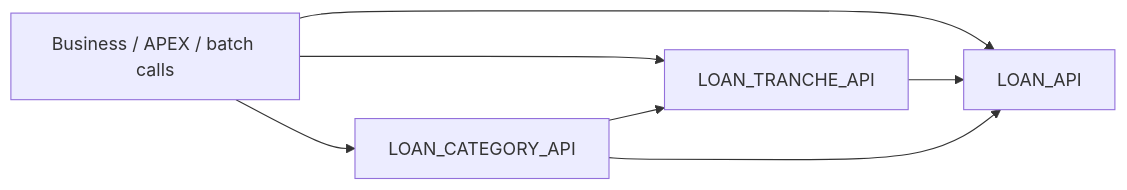
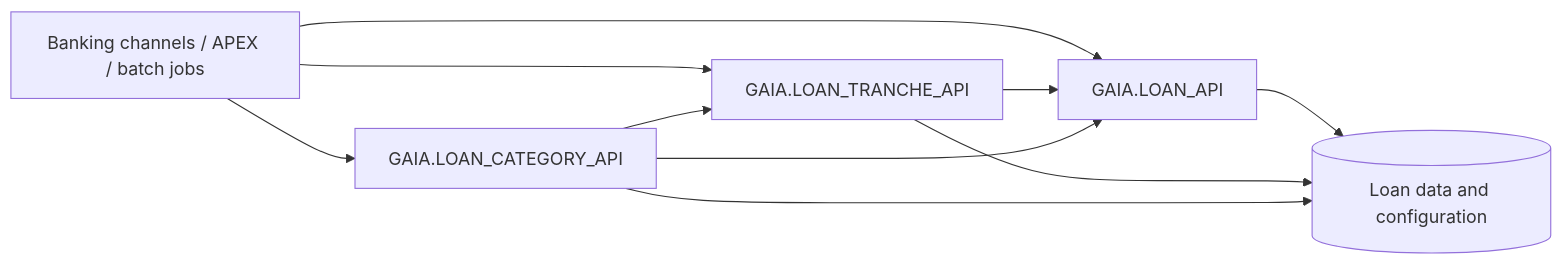
One commit to SadayCb/gni-documentation-poc8.0 changed the diagram in docs/index.md. Above: the diagram before and after it, drawn with Mermaid.

````diff
--- a/docs/index.md
+++ b/docs/index.md
@@ -28,9 +28,13 @@
 ```mermaid
 flowchart LR
- A[Business / APEX / batch calls] --> L[LOAN_API]
- A --> T[LOAN_TRANCHE_API]
- A --> C[LOAN_CATEGORY_API]
- T --> L
- C --> L
- C --> T
+    C[Banking channels / APEX / batch jobs]
+    C --> L[GAIA.LOAN_API]
+    C --> T[GAIA.LOAN_TRANCHE_API]
+    C --> K[GAIA.LOAN_CATEGORY_API]
+    T --> L
+    K --> L
+    K --> T
+    L --> D[(Loan data and configuration)]
+    T --> D
+    K --> D
 ```
````
